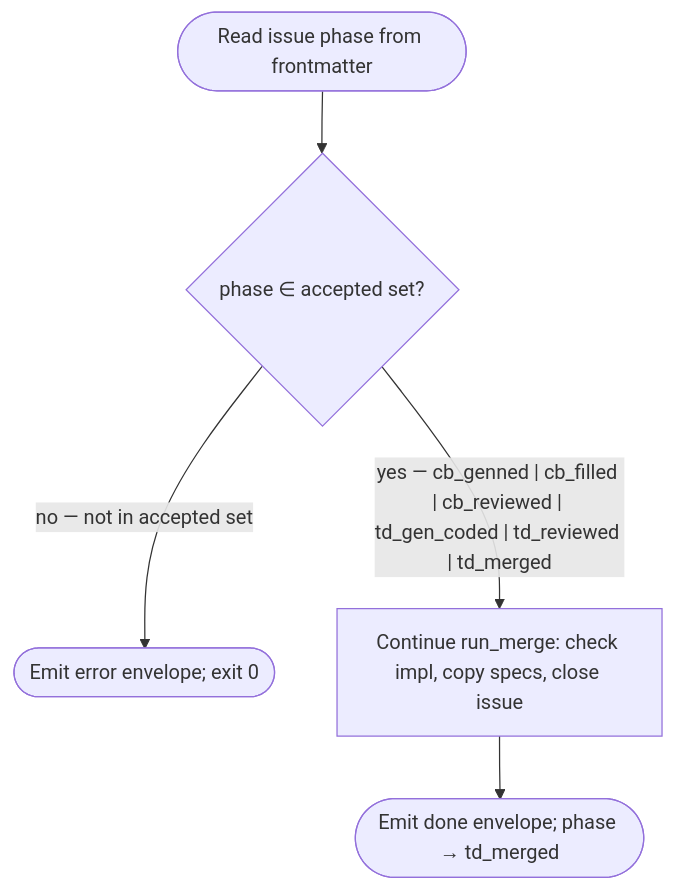
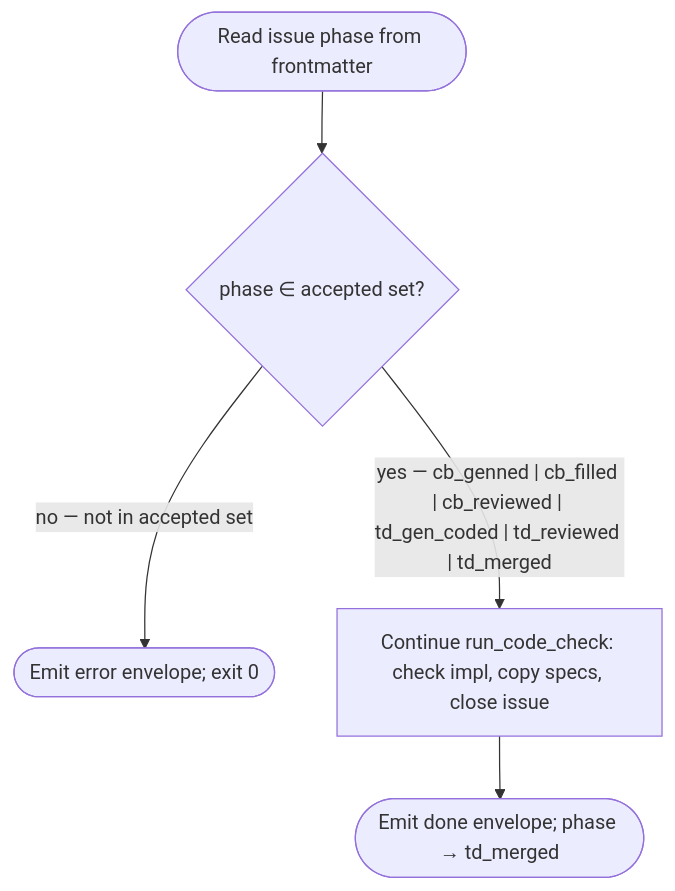
Before and after one commit to chrischeng-c4/axiom: the first of 2 diagrams in projects/agentic-workflow/tech-design/surface/specs/score-td-merge-accepts-cb-reviewed.md, drawn with Mermaid. The commit also changed other lines of this file and 65 other files, not shown here.

````diff
--- a/projects/agentic-workflow/tech-design/surface/specs/score-td-merge-accepts-cb-reviewed.md
+++ b/projects/agentic-workflow/tech-design/surface/specs/score-td-merge-accepts-cb-reviewed.md
@@ -60,38 +60,38 @@
 ```mermaid
 ---
 id: td-merge-phase-guard
 entry: read_phase
 nodes:
   read_phase:
     kind: start
     label: "Read issue phase from frontmatter"
   is_accepted_phase:
     kind: decision
     label: "phase ∈ accepted set?"
   emit_error:
     kind: terminal
     label: "Emit error envelope; exit 0"
   proceed_to_merge:
     kind: process
-    label: "Continue run_merge: check impl, copy specs, close issue"
+    label: "Continue run_code_check: check impl, copy specs, close issue"
   merge_done:
     kind: terminal
     label: "Emit done envelope; phase → td_merged"
 edges:
   - from: read_phase
     to: is_accepted_phase
   - from: is_accepted_phase
     to: emit_error
     label: "no — phase not in accepted set"
   - from: is_accepted_phase
     to: proceed_to_merge
     label: "yes — cb_genned | cb_filled | cb_reviewed | td_gen_coded | td_reviewed | td_merged"
   - from: proceed_to_merge
     to: merge_done
 ---
 flowchart TD
     read_phase([Read issue phase from frontmatter]) --> is_accepted_phase{"phase ∈ accepted set?"}
     is_accepted_phase -->|"no — not in accepted set"| emit_error(["Emit error envelope; exit 0"])
-    is_accepted_phase -->|"yes — cb_genned | cb_filled | cb_reviewed | td_gen_coded | td_reviewed | td_merged"| proceed_to_merge["Continue run_merge: check impl, copy specs, close issue"]
+    is_accepted_phase -->|"yes — cb_genned | cb_filled | cb_reviewed | td_gen_coded | td_reviewed | td_merged"| proceed_to_merge["Continue run_code_check: check impl, copy specs, close issue"]
     proceed_to_merge --> merge_done(["Emit done envelope; phase → td_merged"])
 ```
````
